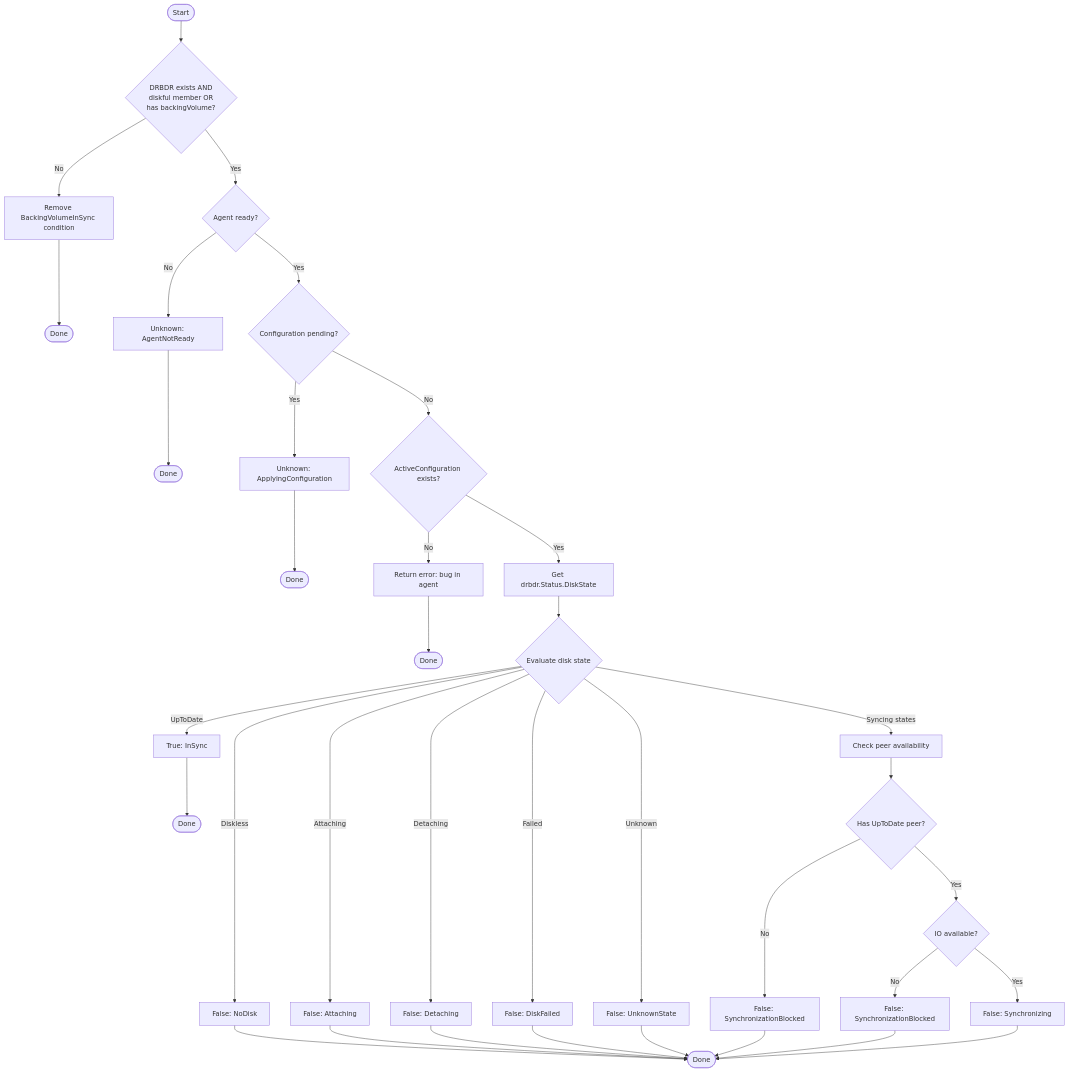
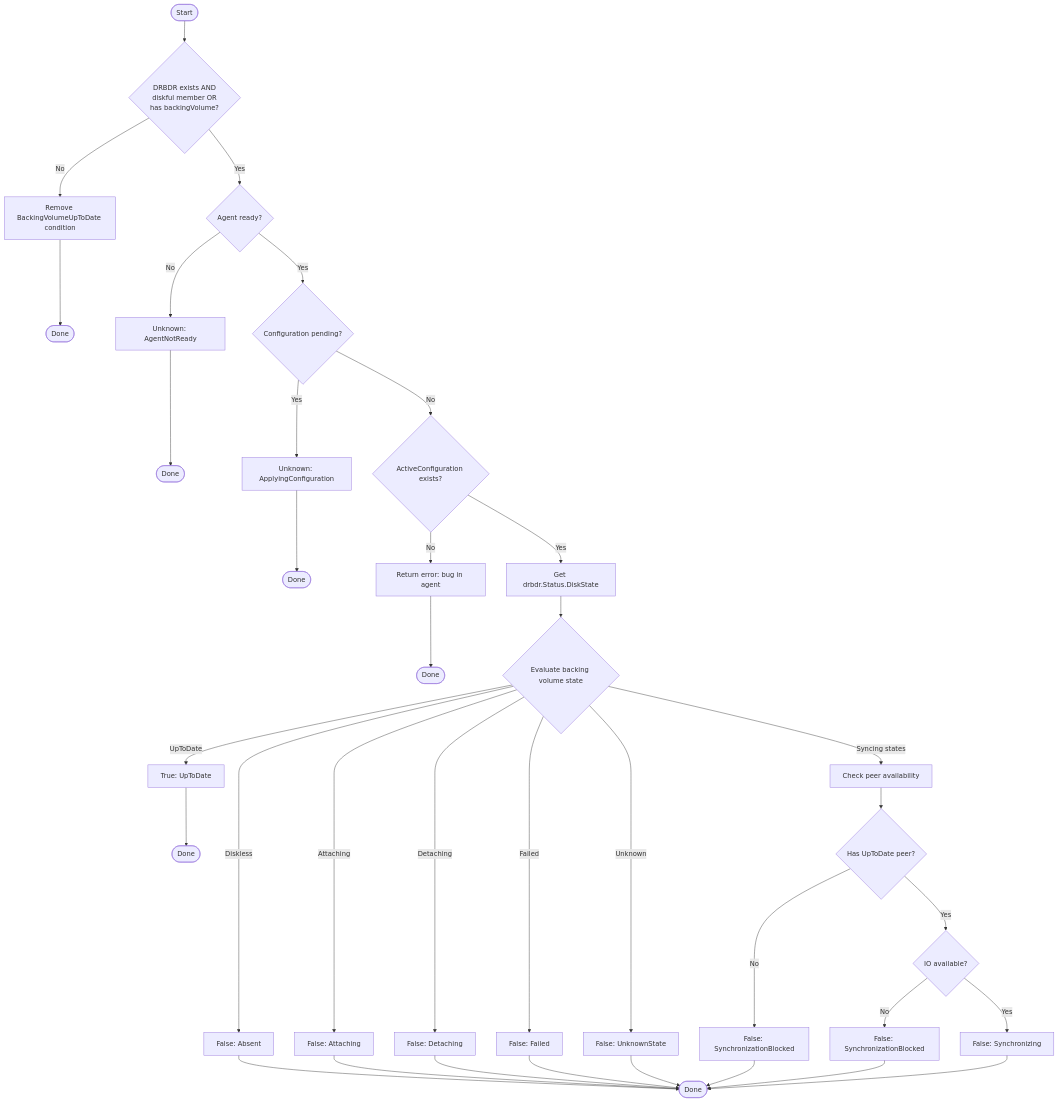
One commit to deckhouse/sds-replicated-volume changed the tenth of 12 diagrams in images/controller/internal/controllers/rvr_controller/README.md. Above: the diagram before and after it, drawn with Mermaid. The commit also changed other lines of this file and 4 other files, not shown here.

First line of the commit message:
[api] Rename BackingVolumeInSync condition to BackingVolumeUpToDate

````diff
--- a/images/controller/internal/controllers/rvr_controller/README.md
+++ b/images/controller/internal/controllers/rvr_controller/README.md
@@ -893,46 +893,46 @@
 ```mermaid
 flowchart TD
     Start([Start]) --> CheckRelevant{DRBDR exists AND<br/>diskful member OR<br/>has backingVolume?}
-    CheckRelevant -->|No| RemoveCond[Remove BackingVolumeInSync condition]
+    CheckRelevant -->|No| RemoveCond[Remove BackingVolumeUpToDate condition]
     RemoveCond --> End1([Done])
 
     CheckRelevant -->|Yes| CheckAgent{Agent ready?}
     CheckAgent -->|No| SetUnknown1[Unknown: AgentNotReady]
     SetUnknown1 --> End2([Done])
 
     CheckAgent -->|Yes| CheckPending{Configuration pending?}
     CheckPending -->|Yes| SetUnknown2[Unknown: ApplyingConfiguration]
     SetUnknown2 --> End3([Done])
 
     CheckPending -->|No| CheckActive{ActiveConfiguration exists?}
     CheckActive -->|No| Error[Return error: bug in agent]
     Error --> End6([Done])
 
     CheckActive -->|Yes| GetDiskState[Get drbdr.Status.DiskState]
-    GetDiskState --> EvalState{Evaluate disk state}
+    GetDiskState --> EvalState{Evaluate backing volume state}
 
-    EvalState -->|UpToDate| SetTrue[True: InSync]
+    EvalState -->|UpToDate| SetTrue[True: UpToDate]
     SetTrue --> End4([Done])
 
-    EvalState -->|Diskless| SetFalse1[False: NoDisk]
+    EvalState -->|Diskless| SetFalse1[False: Absent]
     EvalState -->|Attaching| SetFalse2[False: Attaching]
     EvalState -->|Detaching| SetFalse3[False: Detaching]
-    EvalState -->|Failed| SetFalse4[False: DiskFailed]
+    EvalState -->|Failed| SetFalse4[False: Failed]
     EvalState -->|Syncing states| CheckPeers[Check peer availability]
     EvalState -->|Unknown| SetFalse5[False: UnknownState]
 
     CheckPeers --> PeerCheck{Has UpToDate peer?}
     PeerCheck -->|No| SetBlocked1[False: SynchronizationBlocked]
     PeerCheck -->|Yes| IOCheck{IO available?}
     IOCheck -->|No| SetBlocked2[False: SynchronizationBlocked]
     IOCheck -->|Yes| SetSyncing[False: Synchronizing]
 
     SetFalse1 --> End5([Done])
     SetFalse2 --> End5
     SetFalse3 --> End5
     SetFalse4 --> End5
     SetFalse5 --> End5
     SetBlocked1 --> End5
     SetBlocked2 --> End5
     SetSyncing --> End5
 ```
````
